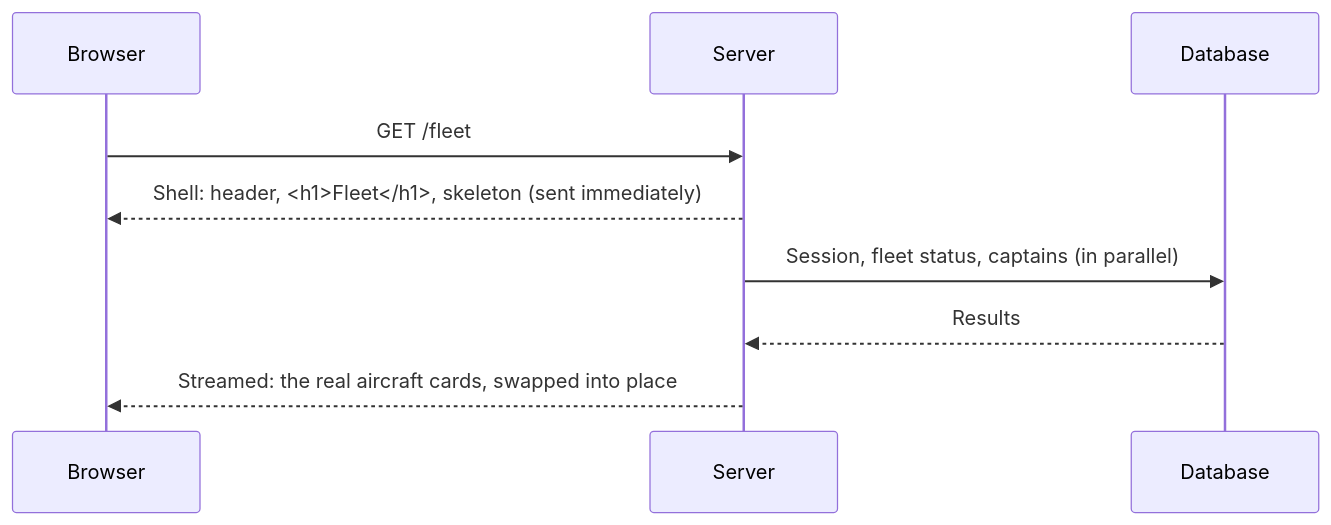
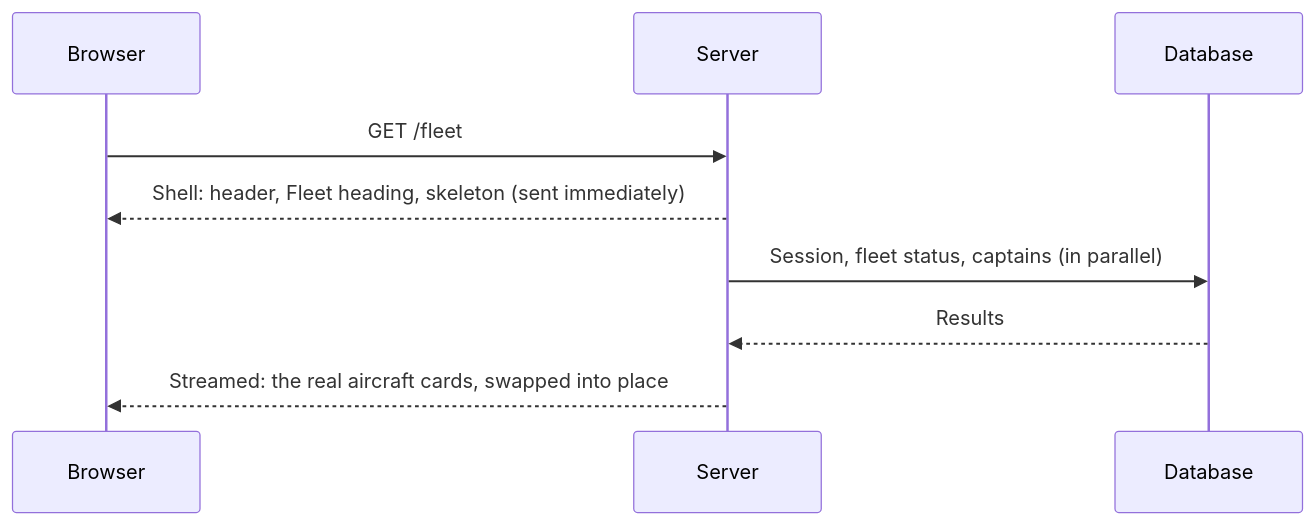
One commit to crorvick/flight_club changed the diagram in tutorial/11-rendering-streaming-and-caching.md. Above: the diagram before and after it, drawn with Mermaid. The commit also changed 2 other files, not shown here.

Commit message:
tutorial: fix diagrams GitHub can't render
Mermaid treats a semicolon in a sequence diagram as the end of a
statement, so the sign-in diagram's cookie flags broke it with a parse
error.  Labels with literal tags, like <h1> and <sha>, are at risk of
the same: Mermaid treats them as HTML.

Say the same things in plain text instead.

````diff
--- a/tutorial/11-rendering-streaming-and-caching.md
+++ b/tutorial/11-rendering-streaming-and-caching.md
@@ -86,11 +86,11 @@
 ```mermaid
 sequenceDiagram
     participant B as Browser
     participant S as Server
     participant D as Database
     B->>S: GET /fleet
-    S-->>B: Shell: header, <h1>Fleet</h1>, skeleton (sent immediately)
+    S-->>B: Shell: header, Fleet heading, skeleton (sent immediately)
     S->>D: Session, fleet status, captains (in parallel)
     D-->>S: Results
     S-->>B: Streamed: the real aircraft cards, swapped into place
 ```
````
